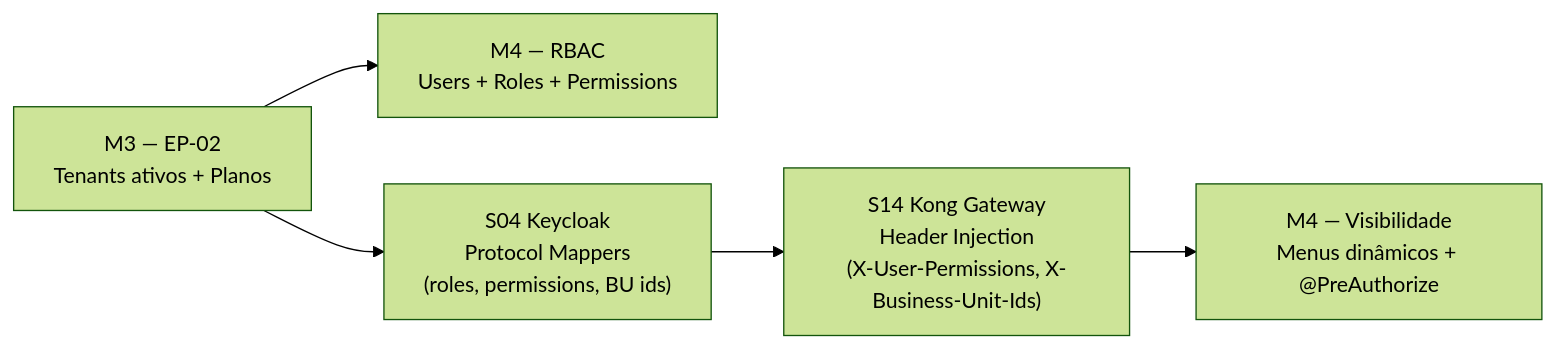
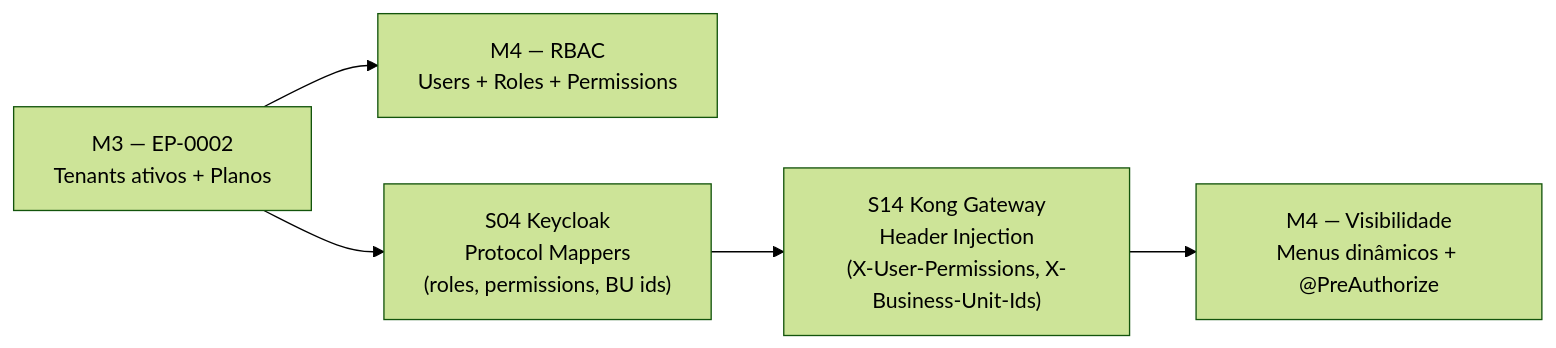
Before and after one commit to bolismar69/workspace-fbso: the fourth of 7 diagrams in business-inputs/business-projects/PRJ-FIN-2026-0003-SAAS-FBSO-ORG/technical-definitions/PROJECT-TECHNICAL-DEFINITIONS-MILESTONES.md, drawn with Mermaid (forest theme). The commit also changed other lines of this file and 9 other files, not shown here.

````diff
--- a/business-inputs/business-projects/PRJ-FIN-2026-0003-SAAS-FBSO-ORG/technical-definitions/PROJECT-TECHNICAL-DEFINITIONS-MILESTONES.md
+++ b/business-inputs/business-projects/PRJ-FIN-2026-0003-SAAS-FBSO-ORG/technical-definitions/PROJECT-TECHNICAL-DEFINITIONS-MILESTONES.md
@@ -218,7 +220,7 @@
 ```mermaid
 flowchart LR
-    M3["M3 — EP-02<br/>Tenants ativos + Planos"] --> M4A["M4 — RBAC<br/>Users + Roles + Permissions"]
+    M3["M3 — EP-0002<br/>Tenants ativos + Planos"] --> M4A["M4 — RBAC<br/>Users + Roles + Permissions"]
     M3 --> S04["S04 Keycloak<br/>Protocol Mappers<br/>(roles, permissions, BU ids)"]
     S04 --> S14["S14 Kong Gateway<br/>Header Injection<br/>(X-User-Permissions, X-Business-Unit-Ids)"]
     S14 --> M4B["M4 — Visibilidade<br/>Menus dinâmicos + @PreAuthorize"]
 ```
````
